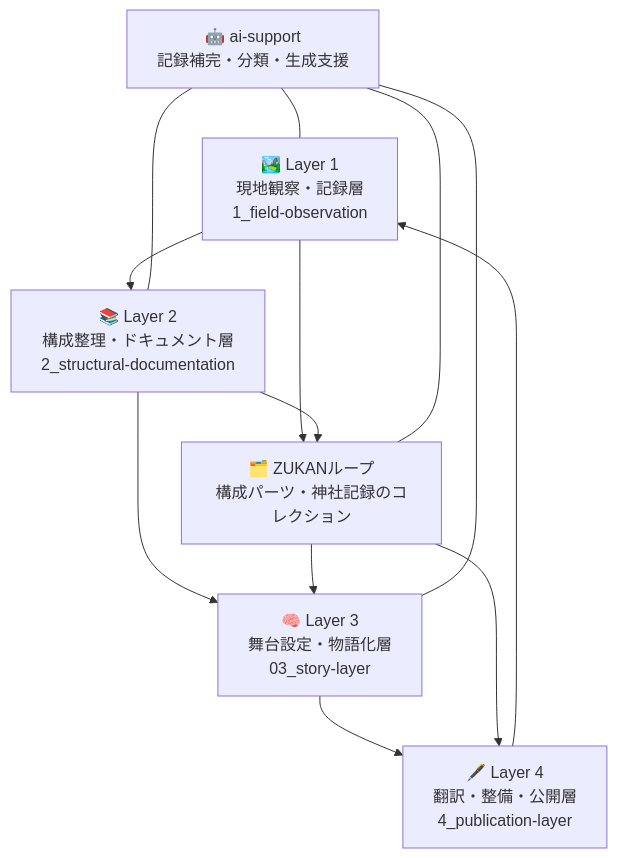
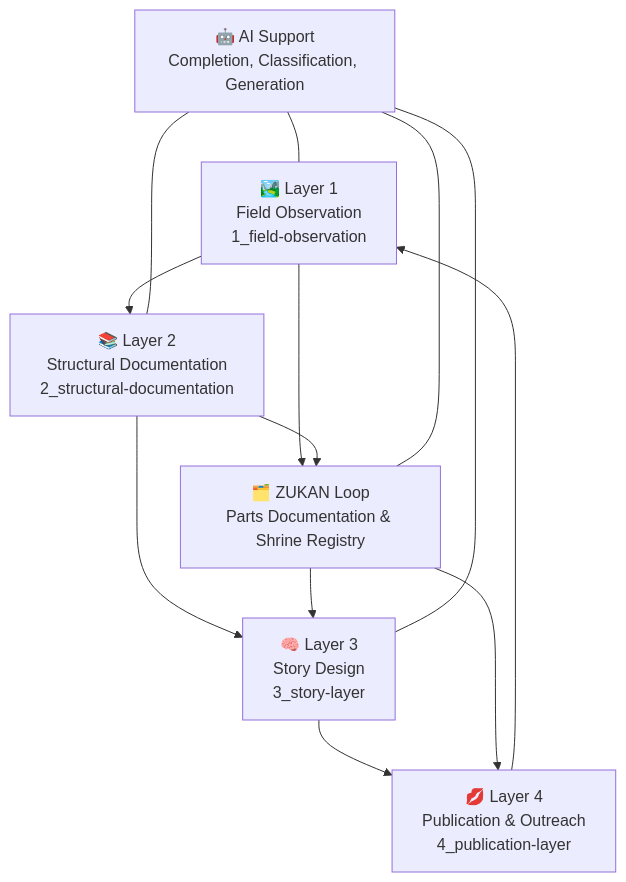
One commit to satoshi-create/complexity-and-network-webdesign changed the diagram in ai-collaboration/shrine-fiction/README.md. Above: the diagram before and after it, drawn with Mermaid. The commit also changed other lines of this file, not shown here.

````diff
--- a/ai-collaboration/shrine-fiction/README.md
+++ b/ai-collaboration/shrine-fiction/README.md
@@ -1,27 +15,26 @@
 ```mermaid
 graph TD
 
-%% 本編の4層ループ
-L1[🏞️ Layer 1<br>現地観察・記録層<br>1_field-observation]
-L2[📚 Layer 2<br>構成整理・ドキュメント層<br>2_structural-documentation]
-L3[🧠 Layer 3<br>舞台設定・物語化層<br>03_story-layer]
-L4[🖋️ Layer 4<br>翻訳・整備・公開層<br>4_publication-layer]
+%% Main 4-layer loop
+L1[🏞️ Layer 1<br>Field Observation<br>1_field-observation]
+L2[📚 Layer 2<br>Structural Documentation<br>2_structural-documentation]
+L3[🧠 Layer 3<br>Story Design<br>3_story-layer]
+L4[💋 Layer 4<br>Publication & Outreach<br>4_publication-layer]
 
 L1 --> L2 --> L3 --> L4 --> L1
 
-%% ZUKANとの関係
-ZK[🗂️ ZUKANループ<br>構成パーツ・神社記録のコレクション]
+%% ZUKAN loop
+ZK[🗂️ ZUKAN Loop<br>Parts Documentation & Shrine Registry]
 
 L1 --> ZK
 L2 --> ZK
 ZK --> L3
 ZK --> L4
 
-%% AI支援
-AI[🤖 ai-support<br>記録補完・分類・生成支援]
+%% AI support links
+AI[🤖 AI Support<br>Completion, Classification, Generation]
 AI --- L1
 AI --- L2
 AI --- L3
 AI --- ZK
-
 ```
````
